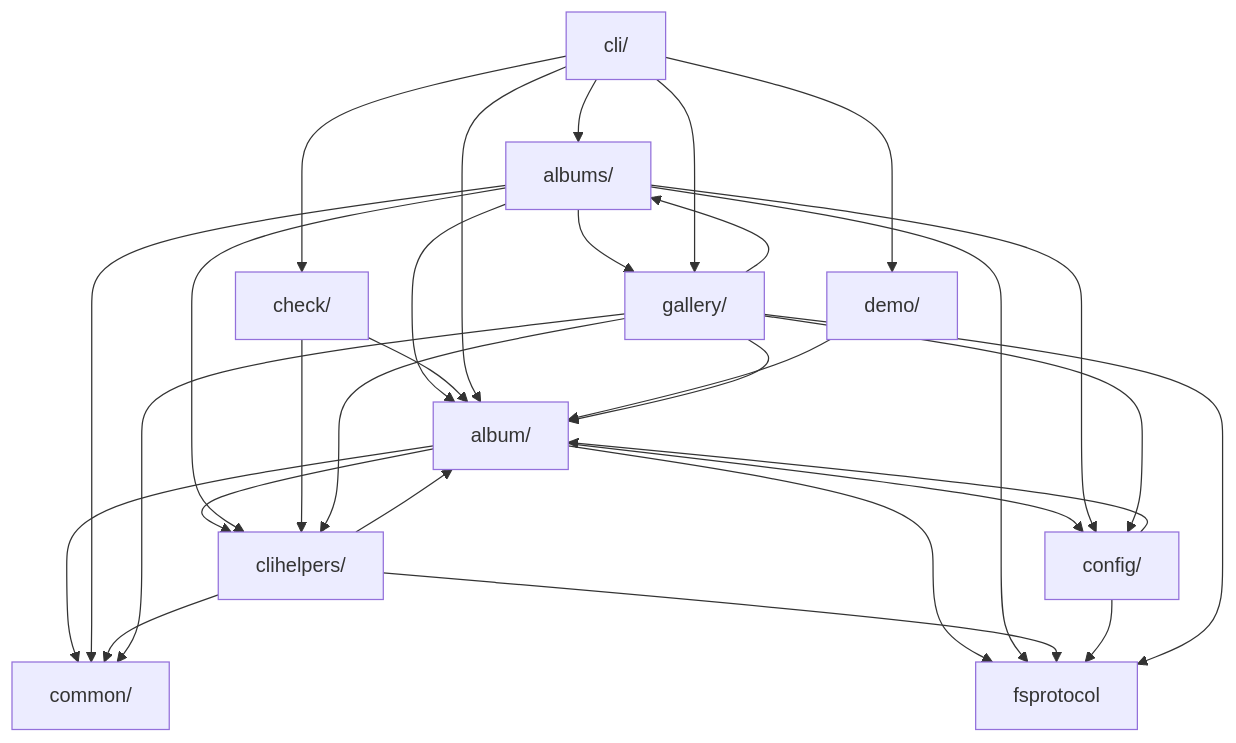
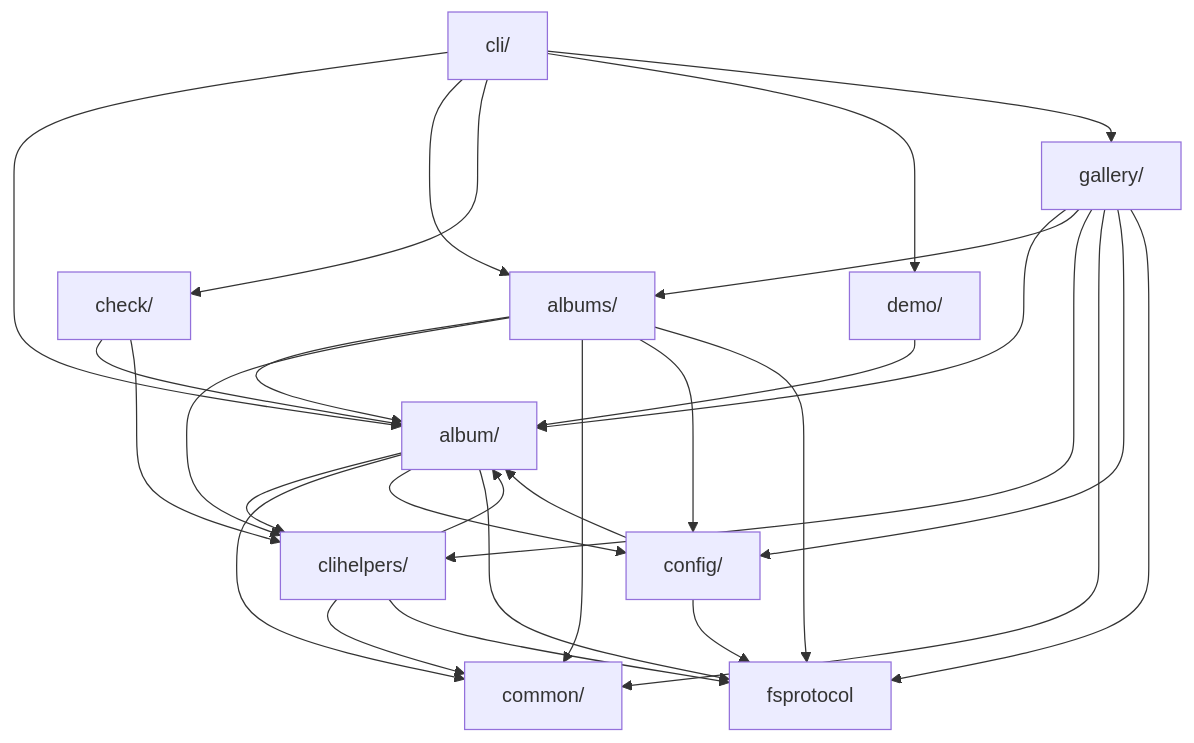
One commit to iglootools/photree changed the diagram in docs/architecture.md. Above: the diagram before and after it, drawn with Mermaid. The commit also changed 9 other files, not shown here.

First line of the commit message:
refactor: move multi-album functions from gallery to albums

````diff
--- a/docs/architecture.md
+++ b/docs/architecture.md
@@ -17,43 +17,42 @@
 ```mermaid
 graph TD
     album["album/"]
     albums["albums/"]
     check["check/"]
     cli["cli/"]
     clihelpers["clihelpers/"]
     common["common/"]
     config["config/"]
     demo["demo/"]
     fsprotocol["fsprotocol"]
     gallery["gallery/"]
 
     album --> clihelpers
     album --> common
     album --> config
     album --> fsprotocol
     albums --> album
     albums --> clihelpers
     albums --> common
     albums --> config
     albums --> fsprotocol
-    albums --> gallery
     check --> album
     check --> clihelpers
     cli --> album
     cli --> albums
     cli --> check
     cli --> demo
     cli --> gallery
     clihelpers --> album
     clihelpers --> common
     clihelpers --> fsprotocol
     config --> album
     config --> fsprotocol
     demo --> album
     gallery --> album
     gallery --> albums
     gallery --> clihelpers
     gallery --> common
     gallery --> config
     gallery --> fsprotocol
 ```
````
